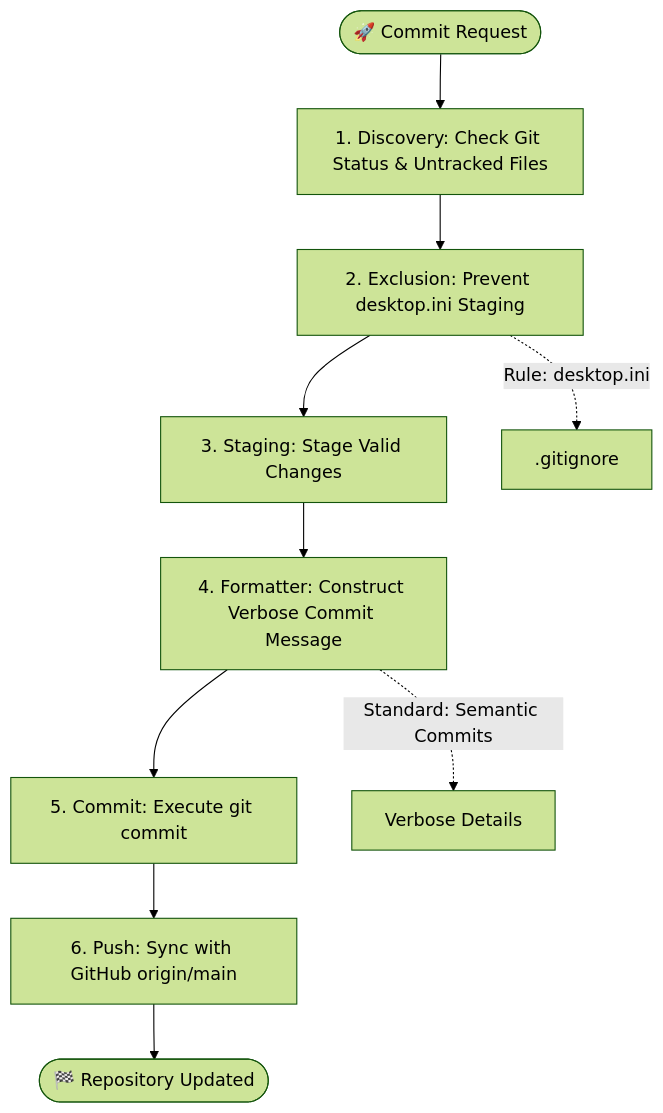
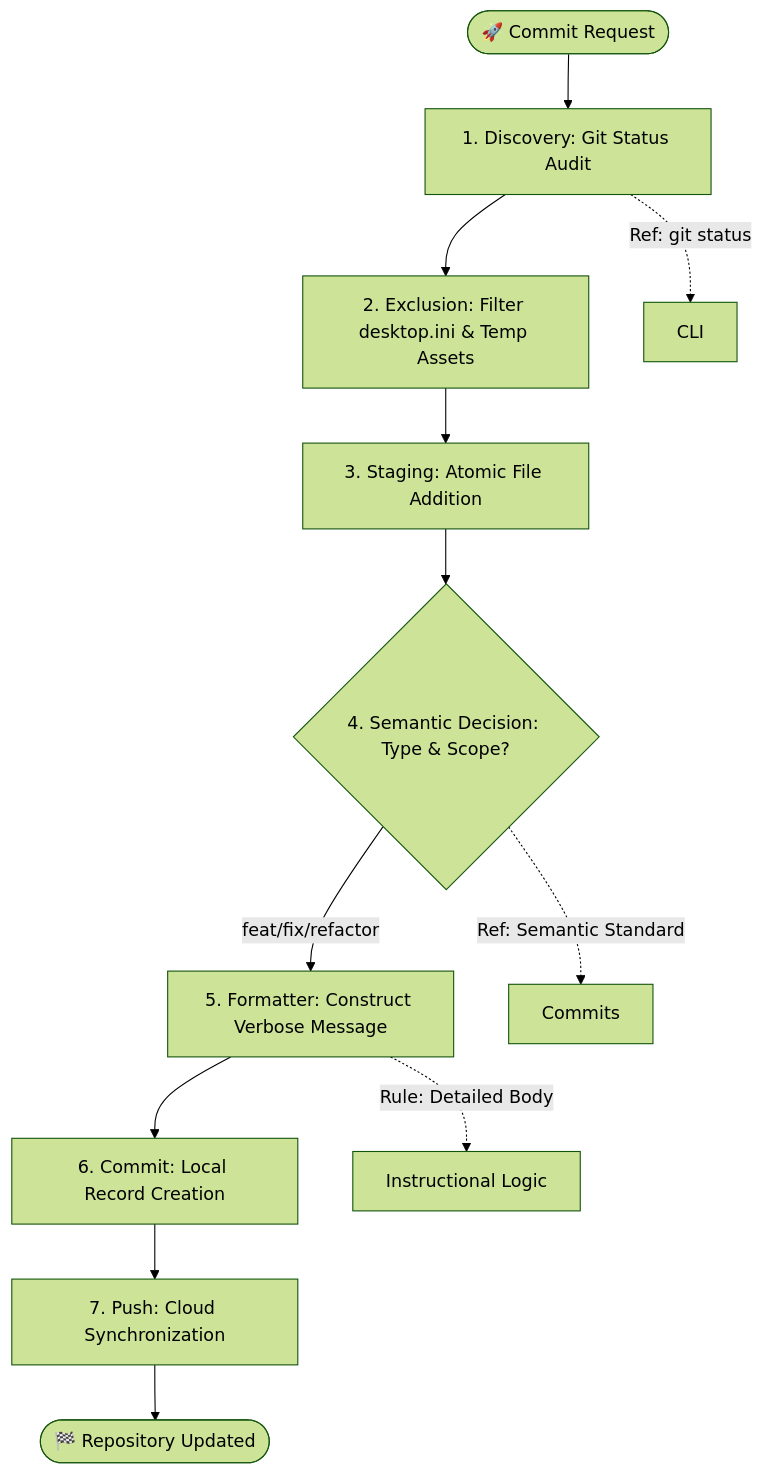
Before and after one commit to elwrush/lesson-plan-agent: the diagram in skills/committing-project-to-github/SKILL.md, drawn with Mermaid (forest theme). The commit also changed 16 other files, not shown here.

First line of the commit message:
feat(standards): implement 14pt font standard and modular booklet layout

````diff
--- a/skills/committing-project-to-github/SKILL.md
+++ b/skills/committing-project-to-github/SKILL.md
@@ -12,14 +12,16 @@
 ```mermaid
 graph TD
-    Start([🚀 Commit Request]) --> Discovery[1. Discovery: Check Git Status & Untracked Files]
-    Discovery --> Exclusion[2. Exclusion: Prevent desktop.ini Staging]
-    Exclusion --> Staging[3. Staging: Stage Valid Changes]
-    Staging --> Formatter[4. Formatter: Construct Verbose Commit Message]
-    Formatter --> Commit[5. Commit: Execute git commit]
-    Commit --> Push[6. Push: Sync with GitHub origin/main]
+    Start([🚀 Commit Request]) --> Discovery[1. Discovery: Git Status Audit]
+    Discovery --> Exclusion[2. Exclusion: Filter desktop.ini & Temp Assets]
+    Exclusion --> Staging[3. Staging: Atomic File Addition]
+    Staging --> TypeSelector{4. Semantic Decision: Type & Scope?}
+    TypeSelector -->|feat/fix/refactor| Formatter[5. Formatter: Construct Verbose Message]
+    Formatter --> Commit[6. Commit: Local Record Creation]
+    Commit --> Push[7. Push: Cloud Synchronization]
     Push --> Finish([🏁 Repository Updated])
 
-    %% Rules
-    Exclusion -.->|Rule: desktop.ini| .gitignore
-    Formatter -.->|Standard: Semantic Commits| Body[Verbose Details]
+    %% Standards
+    Discovery -.->|Ref: git status| CLI
+    Formatter -.->|Rule: Detailed Body| Verbose[Instructional Logic]
+    TypeSelector -.->|Ref: Semantic Standard| Commits
 ```
````
